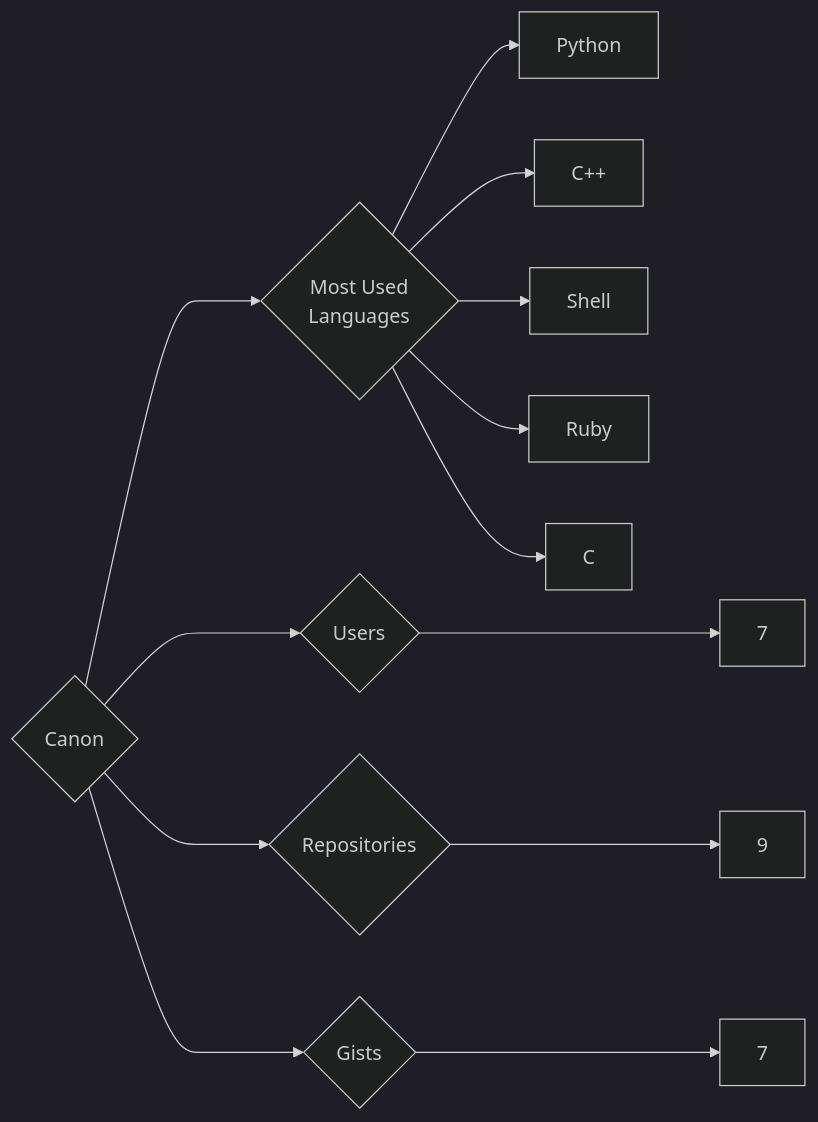
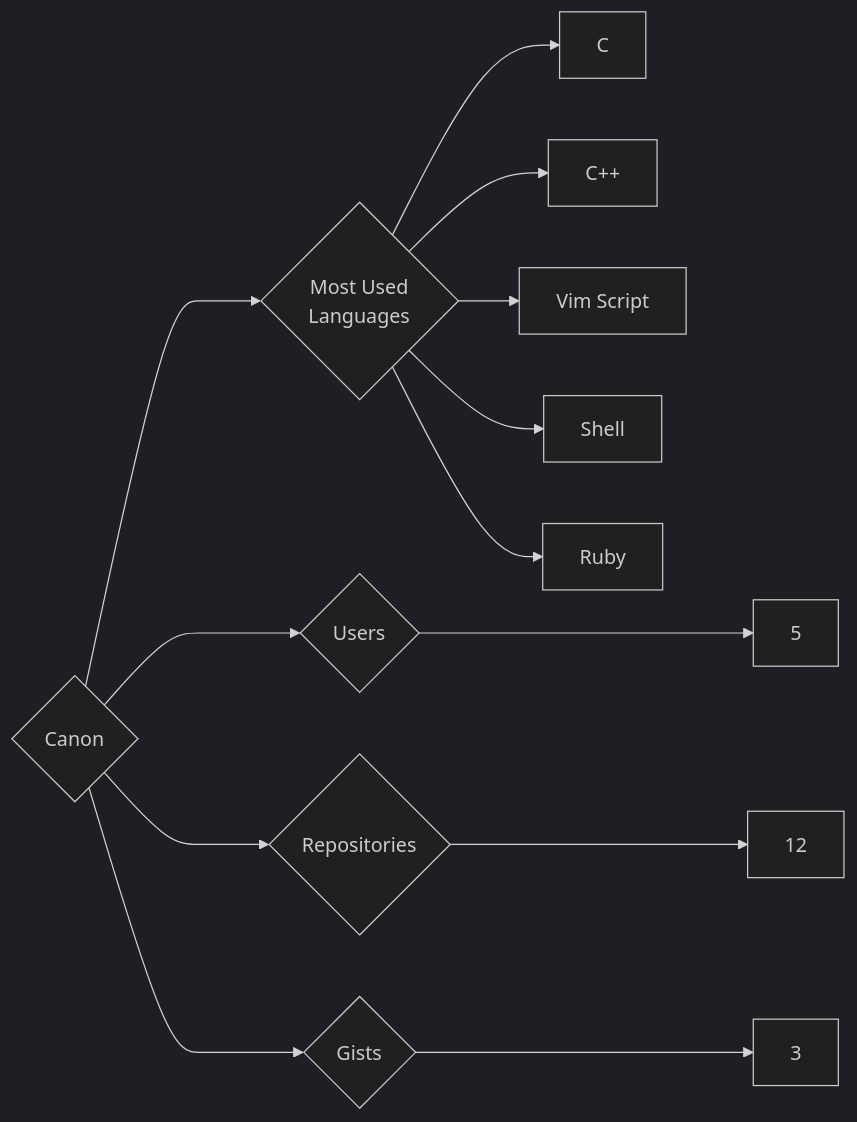
The diagram in targets/Canon/README.md (trickest/insiders), drawn with Mermaid (dark theme) before and after one commit. The commit also changed 776 other files, not shown here.

````diff
--- a/targets/Canon/README.md
+++ b/targets/Canon/README.md
@@ -3,13 +3,13 @@
 ```mermaid
 graph LR
 COMPANY_NAME{Canon}
-COMPANY_NAME ---> U{Users} ---> UN[7]
-COMPANY_NAME ---> R{Repositories} ---> RN[9]
-COMPANY_NAME ---> G{Gists} ---> GN[7]
+COMPANY_NAME ---> U{Users} ---> UN[5]
+COMPANY_NAME ---> R{Repositories} ---> RN[12]
+COMPANY_NAME ---> G{Gists} ---> GN[3]
 COMPANY_NAME ---> ML{Most Used<br>Languages}
-ML --> Python[Python]
+ML --> C[C]
 ML --> C++[C++]
+ML --> Vim_Script[Vim Script]
 ML --> Shell[Shell]
 ML --> Ruby[Ruby]
-ML --> C[C]
 ```
````
